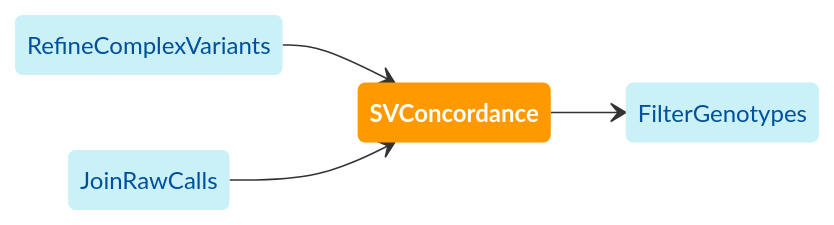
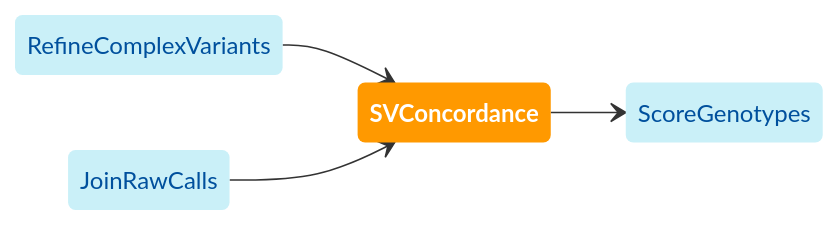
The diagram in website/docs/modules/concordance.md (broadinstitute/gatk-sv), drawn with Mermaid before and after one commit. The commit also changed 28 other files, not shown here.

````diff
--- a/website/docs/modules/concordance.md
+++ b/website/docs/modules/concordance.md
@@ -19,22 +19,22 @@
 ```mermaid
 
 stateDiagram
   direction LR
   
   classDef inModules stroke-width:0px,fill:#caf0f8,color:#00509d
   classDef thisModule font-weight:bold,stroke-width:0px,fill:#ff9900,color:white
   classDef outModules stroke-width:0px,fill:#caf0f8,color:#00509d
 
   refcv: RefineComplexVariants
   jrc: JoinRawCalls
   svc: SVConcordance
-  fg: FilterGenotypes
+  sg: ScoreGenotypes
   refcv --> svc
   jrc --> svc
-  svc --> fg
+  svc --> sg
   
   class svc thisModule
   class refcv inModules
   class jrc inModules
-  class fg outModules
+  class sg outModules
 ```
````
